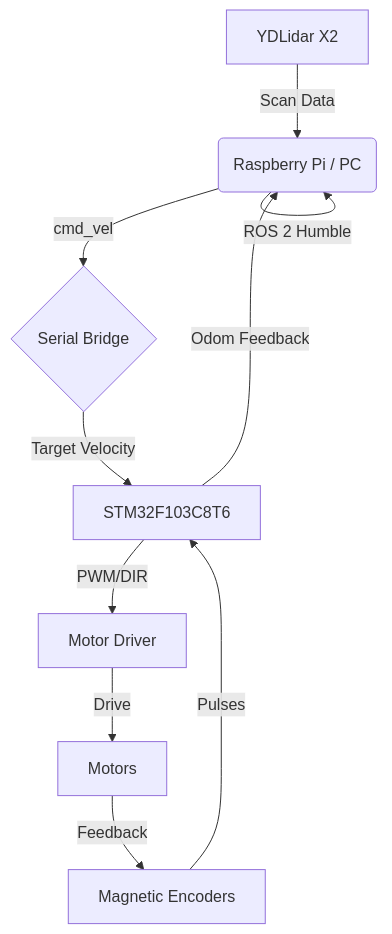
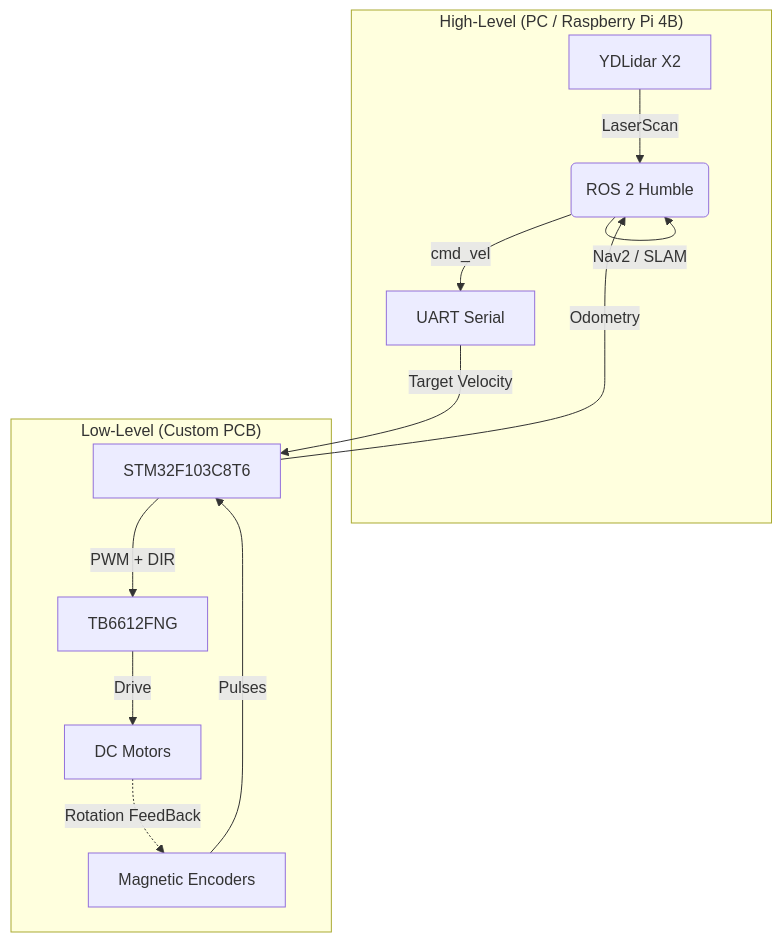
The diagram in README.md (CNXWZY/ros2_usv_platform), drawn with Mermaid before and after one commit. The commit also changed other lines of this file, not shown here.

````diff
--- a/README.md
+++ b/README.md
@@ -27,13 +13,20 @@
 ```mermaid
 graph TD
-    A[YDLidar X2] -->|Scan Data| B(Raspberry Pi / PC)
-    B -->|ROS 2 Humble| B
-    B -->|cmd_vel| C{Serial Bridge}
+    subgraph "High-Level (PC / Raspberry Pi 4B)"
+        A[YDLidar X2] -->|LaserScan| B(ROS 2 Humble)
+        B -->|Nav2 / SLAM| B
+        B -->|cmd_vel| C[UART Serial]
+    end
+
     C -->|Target Velocity| D[STM32F103C8T6]
-    D -->|PWM/DIR| E[Motor Driver]
-    E -->|Drive| F[Motors]
-    F -->|Feedback| G[Magnetic Encoders]
-    G -->|Pulses| D
-    D -->|Odom Feedback| B
+
+    subgraph "Low-Level (Custom PCB)"
+        D -->|PWM + DIR| E[TB6612FNG]
+        E -->|Drive| F[DC Motors]
+        F -.->|Rotation FeedBack| G[Magnetic Encoders]
+        G -->|Pulses| D
+    end
+
+    D -->|Odometry| B
 
 ```
````
